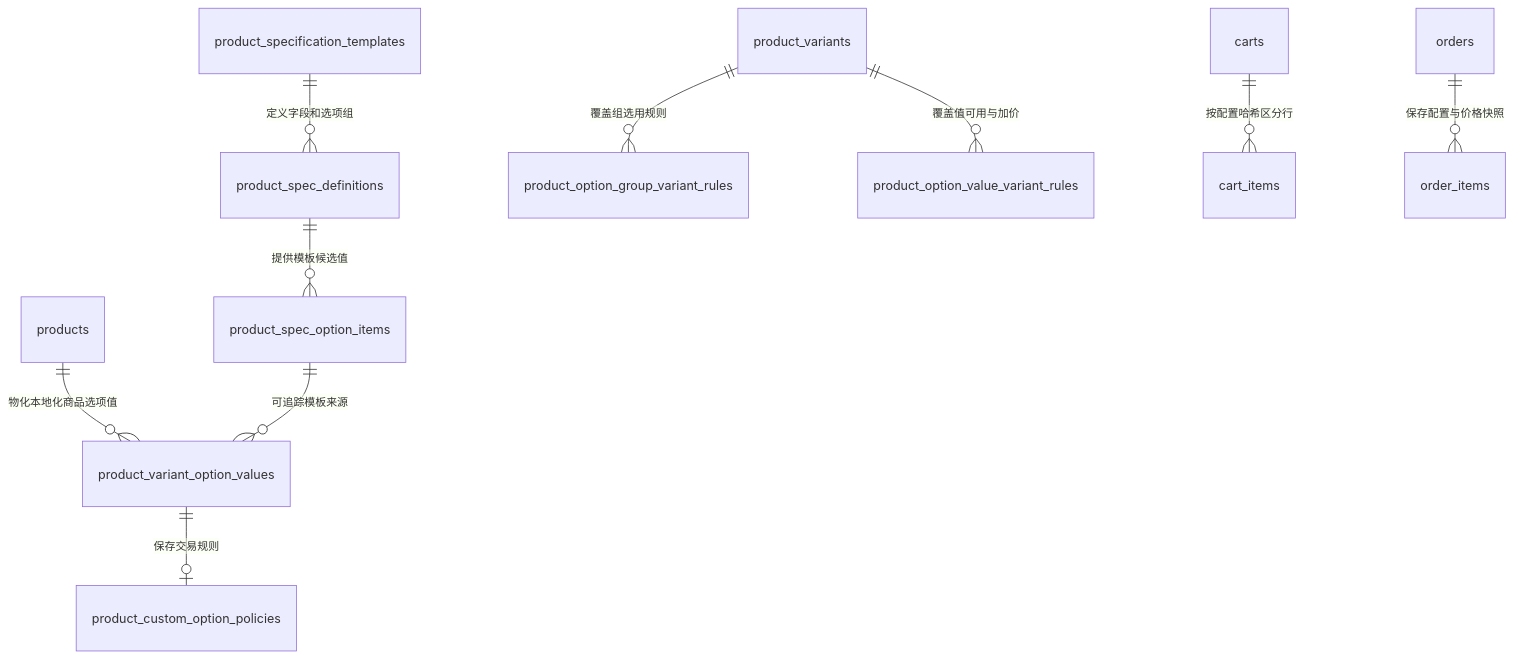
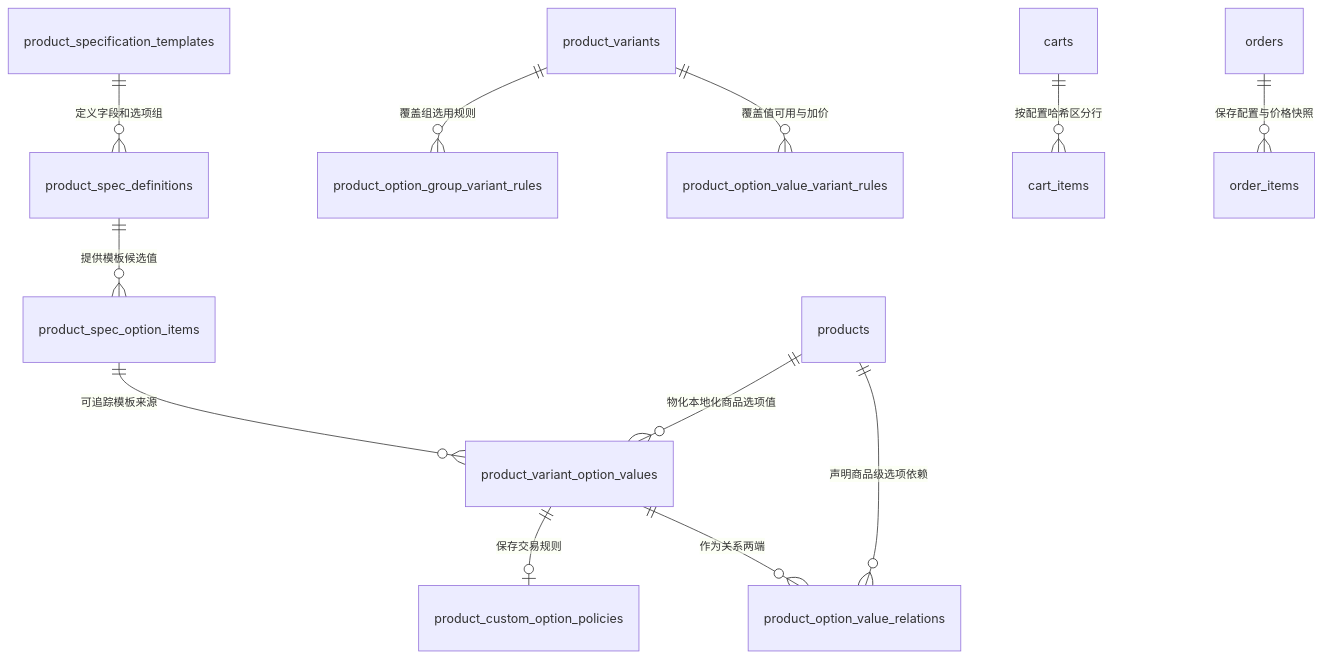
The diagram in docs/design/product-template-and-options-architecture.md (tanzanite2025/H-gripe-theme), drawn with Mermaid before and after one commit. The commit also changed other lines of this file and 1073 other files, not shown here.

````diff
--- a/docs/design/product-template-and-options-architecture.md
+++ b/docs/design/product-template-and-options-architecture.md
@@ -525,12 +553,14 @@
 ```mermaid
 erDiagram
     product_specification_templates ||--o{ product_spec_definitions : "定义字段和选项组"
     product_spec_definitions ||--o{ product_spec_option_items : "提供模板候选值"
     products ||--o{ product_variant_option_values : "物化本地化商品选项值"
     product_spec_option_items ||--o{ product_variant_option_values : "可追踪模板来源"
     product_variant_option_values ||--o| product_custom_option_policies : "保存交易规则"
+    products ||--o{ product_option_value_relations : "声明商品级选项依赖"
+    product_variant_option_values ||--o{ product_option_value_relations : "作为关系两端"
     product_variants ||--o{ product_option_group_variant_rules : "覆盖组选用规则"
     product_variants ||--o{ product_option_value_variant_rules : "覆盖值可用与加价"
     carts ||--o{ cart_items : "按配置哈希区分行"
     orders ||--o{ order_items : "保存配置与价格快照"
 ```
````
